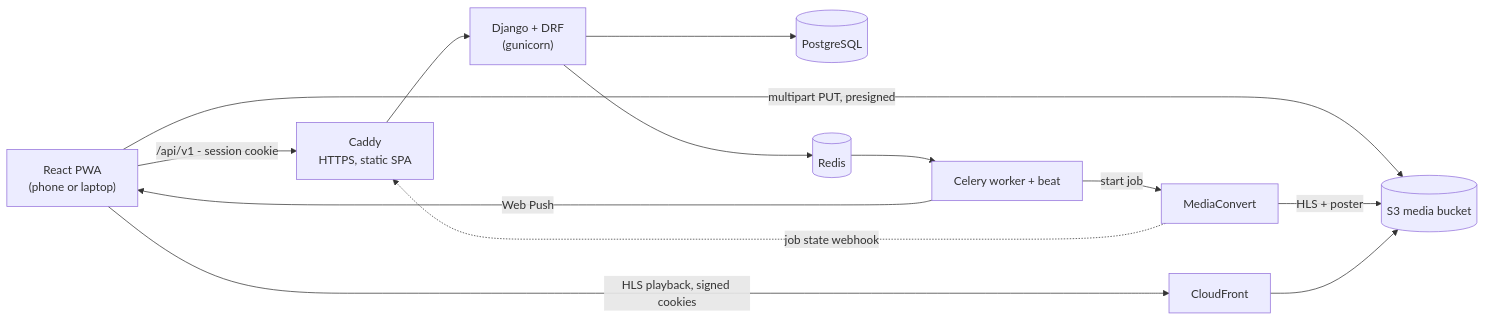
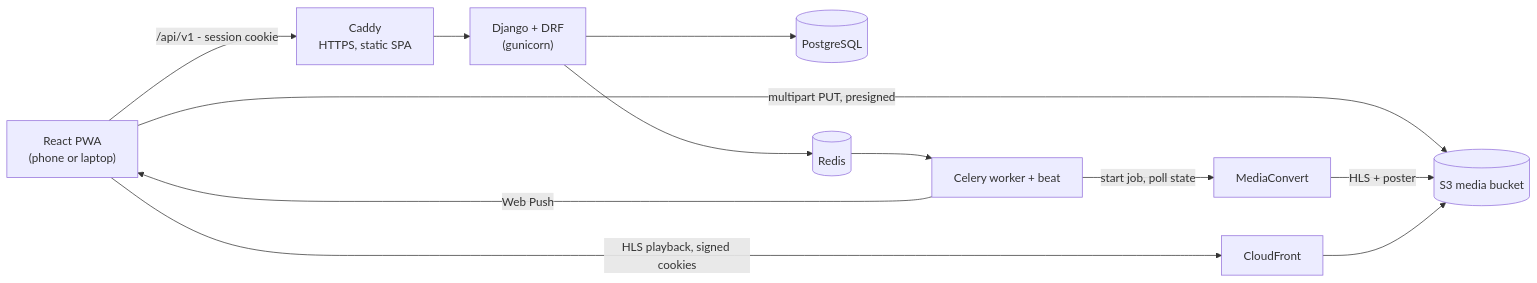
One commit to Georg1703/crew-challenge changed the diagram in docs/architecture/overview.md. Above: the diagram before and after it, drawn with Mermaid. The commit also changed other lines of this file and 51 other files, not shown here.

````diff
--- a/docs/architecture/overview.md
+++ b/docs/architecture/overview.md
@@ -13,15 +13,14 @@
 ```mermaid
 flowchart LR
   PWA["React PWA<br/>(phone or laptop)"] -->|"/api/v1 - session cookie"| CADDY["Caddy<br/>HTTPS, static SPA"]
   CADDY --> DJ["Django + DRF<br/>(gunicorn)"]
   DJ --> PG[("PostgreSQL")]
   DJ --> RD[("Redis")]
   RD --> CW["Celery worker + beat"]
   PWA -->|"multipart PUT, presigned"| S3[("S3 media bucket")]
-  CW -->|"start job"| MC["MediaConvert"]
+  CW -->|"start job, poll state"| MC["MediaConvert"]
   MC -->|"HLS + poster"| S3
-  MC -.->|"job state webhook"| CADDY
   PWA -->|"HLS playback, signed cookies"| CF["CloudFront"]
   CF --> S3
   CW -->|"Web Push"| PWA
 ```
````
